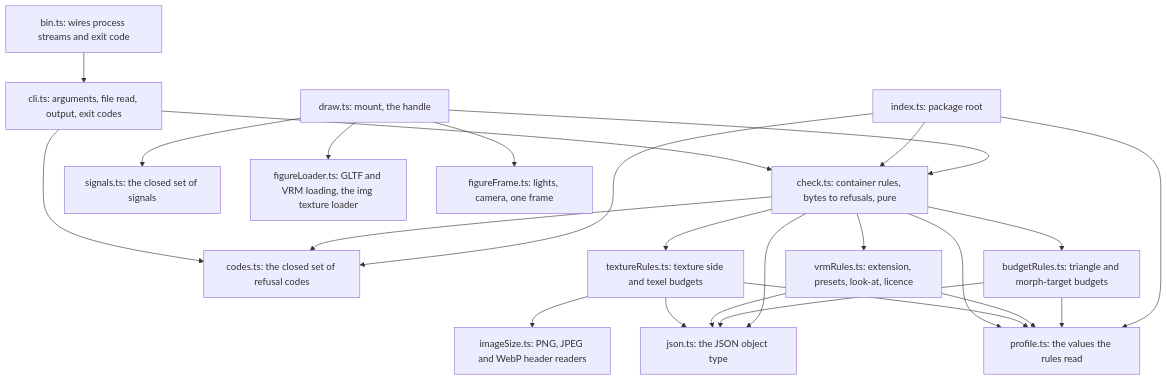
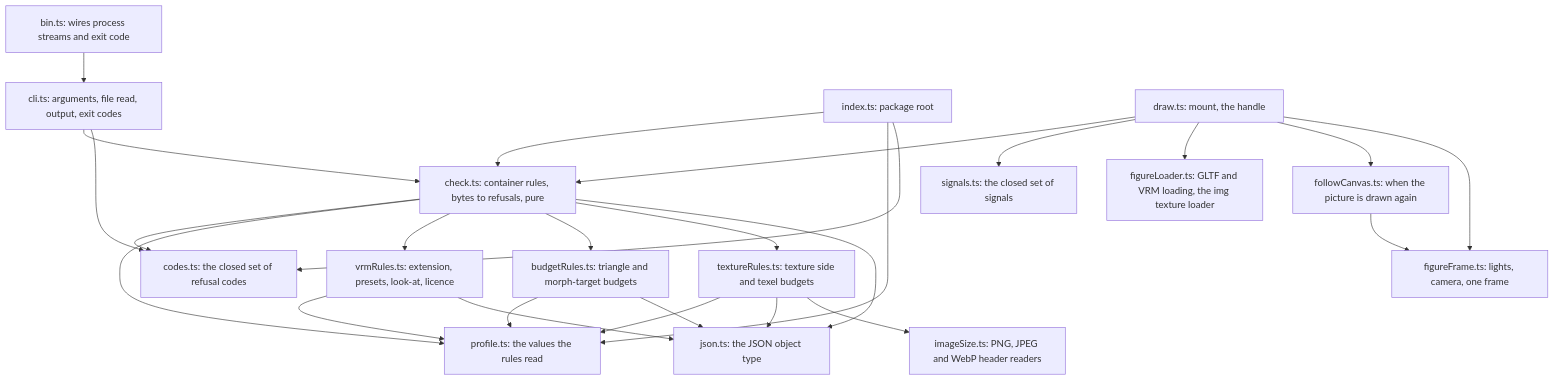
One commit to overnightworks/figure changed the second of 4 diagrams in docs/ARCHITECTURE.md. Above: the diagram before and after it, drawn with Mermaid. The commit also changed other lines of this file and 4 other files, not shown here.

First line of the commit message:
Follow the canvas's size and device pixel ratio while a figure is drawn (#27)

````diff
--- a/docs/ARCHITECTURE.md
+++ b/docs/ARCHITECTURE.md
@@ -25,33 +25,36 @@
 ```mermaid
 flowchart TD
     bin["bin.ts: wires process streams and exit code"] --> cli
     cli["cli.ts: arguments, file read, output, exit codes"] --> check
     cli --> codes
     check["check.ts: container rules, bytes to refusals, pure"] --> codes
     check --> profile
     check --> vrmRules
     check --> budgetRules
     check --> textureRules
     textureRules["textureRules.ts: texture side and texel budgets"] --> profile
     textureRules --> json
     textureRules --> imageSize
     imageSize["imageSize.ts: PNG, JPEG and WebP header readers"]
     vrmRules["vrmRules.ts: extension, presets, look-at, licence"] --> profile
     budgetRules["budgetRules.ts: triangle and morph-target budgets"] --> profile
     vrmRules --> json
     budgetRules --> json
     check --> json
     json["json.ts: the JSON object type"]
     profile["profile.ts: the values the rules read"]
     codes["codes.ts: the closed set of refusal codes"]
     index["index.ts: package root"] --> check
     index --> profile
     index --> codes
     draw["draw.ts: mount, the handle"] --> check
     draw --> signals
     draw --> figureLoader
+    draw --> followCanvas
     draw --> figureFrame
     figureLoader["figureLoader.ts: GLTF and VRM loading, the img texture loader"]
+    followCanvas["followCanvas.ts: when the picture is drawn again"]
+    followCanvas --> figureFrame
     figureFrame["figureFrame.ts: lights, camera, one frame"]
     signals["signals.ts: the closed set of signals"]
 ```
````
